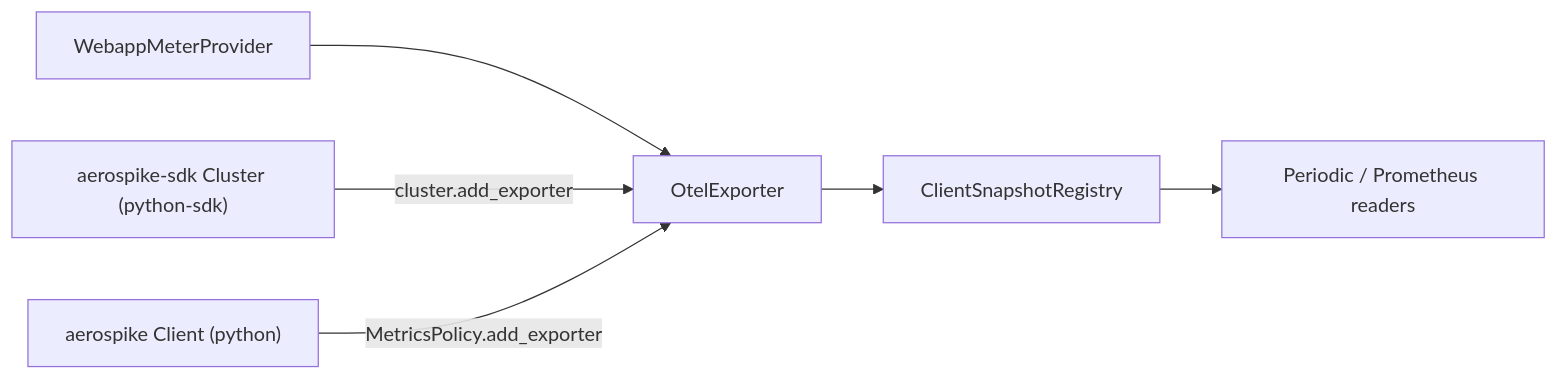
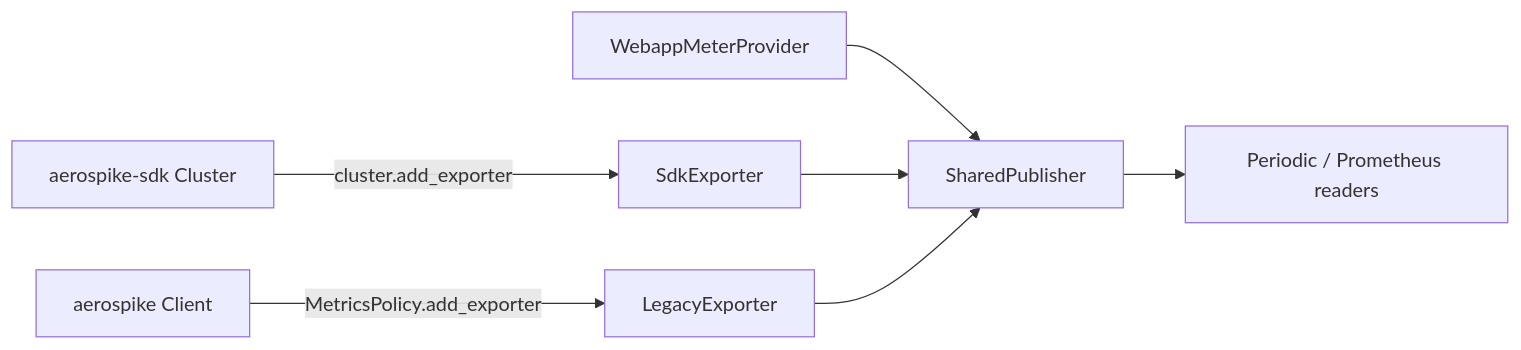
The second of 2 diagrams in docs/legacy-client-plan.md (aerospike/aerospike-client-python-telemetry-exporter), drawn with Mermaid before and after one commit. The commit also changed other lines of this file, not shown here.

First line of the commit message:
docs(metrics): [OM-373] plan separate wheels for the legacy client

````diff
--- a/docs/legacy-client-plan.md
+++ b/docs/legacy-client-plan.md
@@ -18,8 +30,9 @@
 ```mermaid
 flowchart LR
-  webapp[WebappMeterProvider] --> otel[OtelExporter]
-  sdk["aerospike-sdk Cluster (python-sdk)"] -->|"cluster.add_exporter"| otel
-  legacy["aerospike Client (python)"] -->|"MetricsPolicy.add_exporter"| otel
-  otel --> registry[ClientSnapshotRegistry]
-  registry --> readers["Periodic / Prometheus readers"]
+  webapp[WebappMeterProvider] --> shared[SharedPublisher]
+  sdk["aerospike-sdk Cluster"] -->|"cluster.add_exporter"| sdkAdapter[SdkExporter]
+  legacy["aerospike Client"] -->|"MetricsPolicy.add_exporter"| legacyAdapter[LegacyExporter]
+  sdkAdapter --> shared
+  legacyAdapter --> shared
+  shared --> readers["Periodic / Prometheus readers"]
 ```
````
